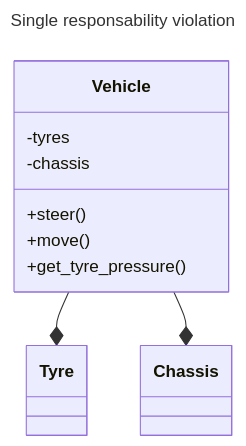
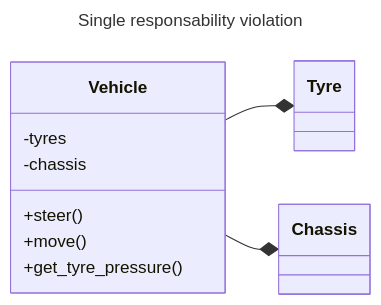
Before and after one commit to FedeFiumi/Design_Patterns_examples: the first of 2 diagrams in SOLID/README.md, drawn with Mermaid. The commit also changed other lines of this file, not shown here.

````diff
--- a/SOLID/README.md
+++ b/SOLID/README.md
@@ -26,22 +26,23 @@
 ```mermaid
 ---
 title: Single responsability violation
 ---
   classDiagram
+    direction LR
     class Vehicle{
       -tyres
       -chassis
       +steer()
       +move()
       +get_tyre_pressure()
     }
 
     class Tyre{
     }
 
     class Chassis{
     }
 
     Vehicle --* Tyre
     Vehicle --* Chassis
 ```
````
